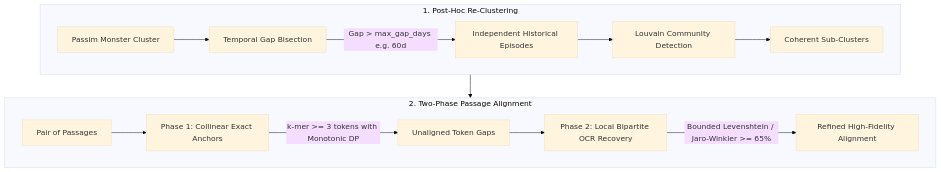
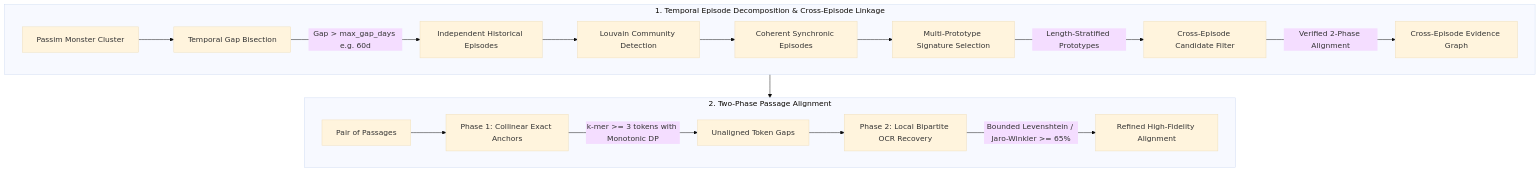
The diagram in CLUSTER_REFINEMENT_README.md (impresso/impresso-passim), drawn with Mermaid (base theme) before and after one commit. The commit also changed other lines of this file, not shown here.

Commit message:
docs: clarify temporal episode decomposition, cross-episode linkage, and methodological distinctions

````diff
--- a/CLUSTER_REFINEMENT_README.md
+++ b/CLUSTER_REFINEMENT_README.md
@@ -30,18 +30,21 @@
 ```mermaid
 flowchart TD
-    subgraph Layer1 [1. Post-Hoc Re-Clustering]
+    subgraph Layer1 [1. Temporal Episode Decomposition & Cross-Episode Linkage]
         M[Passim Monster Cluster] --> T[Temporal Gap Bisection]
         T -->|Gap > max_gap_days e.g. 60d| E[Independent Historical Episodes]
         E --> L[Louvain Community Detection]
-        L --> S[Coherent Sub-Clusters]
+        L --> S[Coherent Synchronic Episodes]
+        S --> P[Multi-Prototype Signature Selection]
+        P -->|Length-Stratified Prototypes| X[Cross-Episode Candidate Filter]
+        X -->|Verified 2-Phase Alignment| G[Cross-Episode Evidence Graph]
     end
 
     subgraph Layer2 [2. Two-Phase Passage Alignment]
-        P[Pair of Passages] --> Ph1[Phase 1: Collinear Exact Anchors]
-        Ph1 -->|k-mer >= 3 tokens with Monotonic DP| G[Unaligned Token Gaps]
-        G --> Ph2[Phase 2: Local Bipartite OCR Recovery]
+        Pair[Pair of Passages] --> Ph1[Phase 1: Collinear Exact Anchors]
+        Ph1 -->|k-mer >= 3 tokens with Monotonic DP| Gap[Unaligned Token Gaps]
+        Gap --> Ph2[Phase 2: Local Bipartite OCR Recovery]
         Ph2 -->|Bounded Levenshtein / Jaro-Winkler >= 65%| A[Refined High-Fidelity Alignment]
     end
 
     Layer1 --> Layer2
 ```
````
